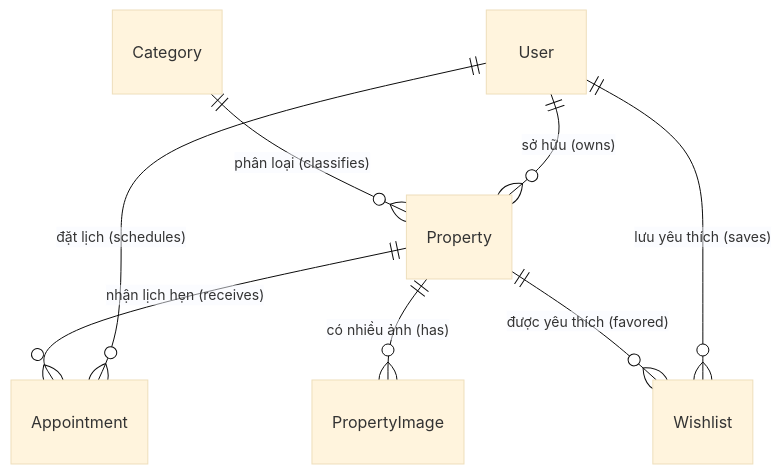
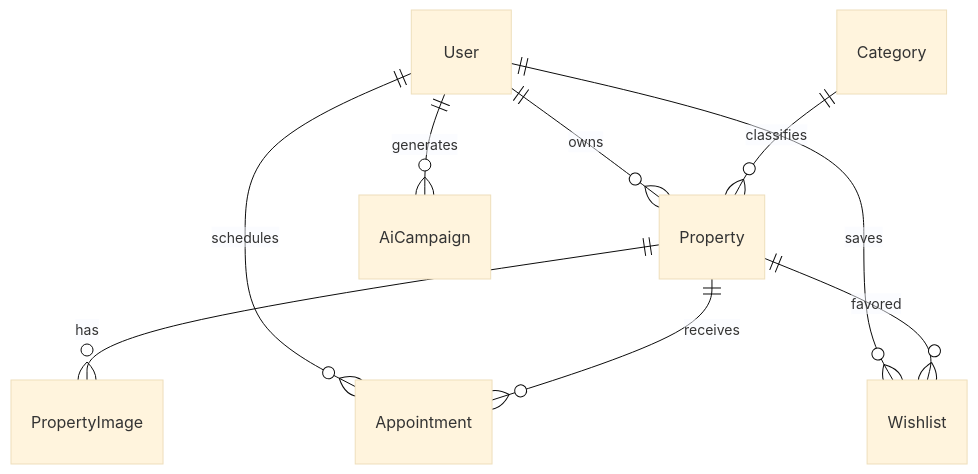
One commit to leduchai1784/BDS changed the diagram in Project.md. Above: the diagram before and after it, drawn with Mermaid (base theme). The commit also changed other lines of this file and 1 other file, not shown here.

````diff
--- a/Project.md
+++ b/Project.md
@@ -69,10 +83,11 @@
 ```mermaid
 erDiagram
-    User ||--o{ Property : "sở hữu (owns)"
-    User ||--o{ Appointment : "đặt lịch (schedules)"
-    Property ||--o{ PropertyImage : "có nhiều ảnh (has)"
-    Property ||--o{ Appointment : "nhận lịch hẹn (receives)"
-    Category ||--o{ Property : "phân loại (classifies)"
-    User ||--o{ Wishlist : "lưu yêu thích (saves)"
-    Property ||--o{ Wishlist : "được yêu thích (favored)"
+    User ||--o{ Property : "owns"
+    User ||--o{ Appointment : "schedules"
+    User ||--o{ Wishlist : "saves"
+    User ||--o{ AiCampaign : "generates"
+    Property ||--o{ PropertyImage : "has"
+    Property ||--o{ Appointment : "receives"
+    Property ||--o{ Wishlist : "favored"
+    Category ||--o{ Property : "classifies"
 ```
````
